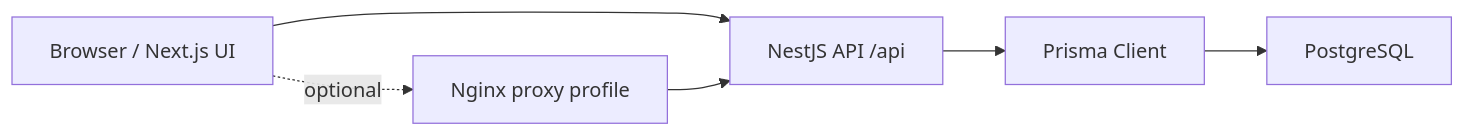
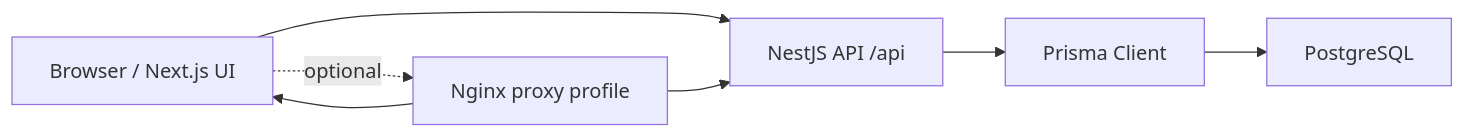
The diagram in README.md (darklordemperor/StorePilot), drawn with Mermaid before and after one commit. The commit also changed other lines of this file and 37 other files, not shown here.

````diff
--- a/README.md
+++ b/README.md
@@ -26,8 +52,9 @@
 ```mermaid
 flowchart LR
   Browser["Browser / Next.js UI"] --> API["NestJS API /api"]
   API --> Prisma["Prisma Client"]
   Prisma --> Postgres["PostgreSQL"]
   Browser -. optional .-> Nginx["Nginx proxy profile"]
+  Nginx --> Browser
   Nginx --> API
 ```
````
